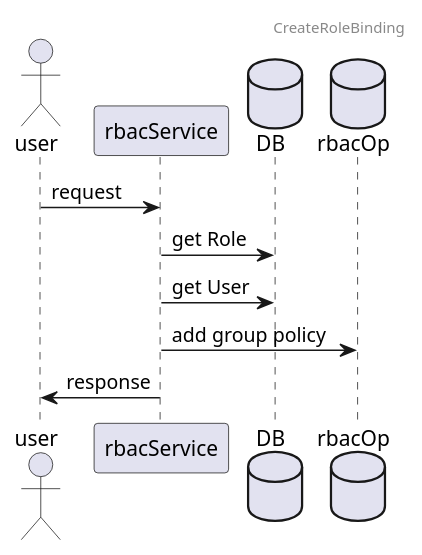
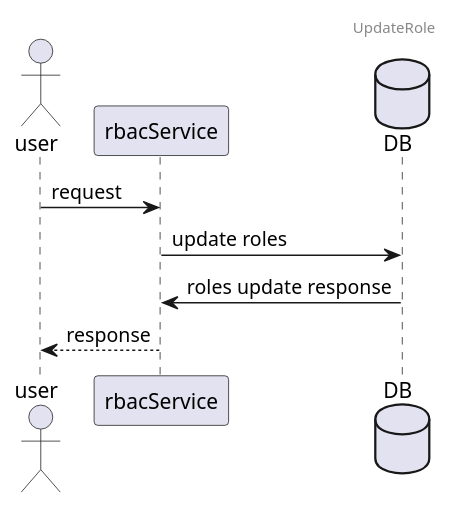
Diagram 35 of 42 in docs/api/appendix/plantuml/rudder.md (tkeel-io/docs), drawn with PlantUML before and after one commit. The commit also changed other lines of this file and 2 other files, not shown here.

Commit message:
feat(API): rudder uml

````diff
--- a/docs/api/appendix/plantuml/rudder.md
+++ b/docs/api/appendix/plantuml/rudder.md
@@ -434,16 +631,13 @@
 ```plantuml
 
-header CreateRoleBinding
+header UpdateRole
 
 actor user
 participant rbacService
 database DB
-database rbacOp
-
 user->rbacService:request
-rbacService->DB:get Role
-rbacService->DB:get User
-rbacService->rbacOp:add group policy
-rbacService->user:response
+rbacService->DB:update roles
+DB->rbacService:  roles update response
+rbacService-->user:response
 
 ```
````
